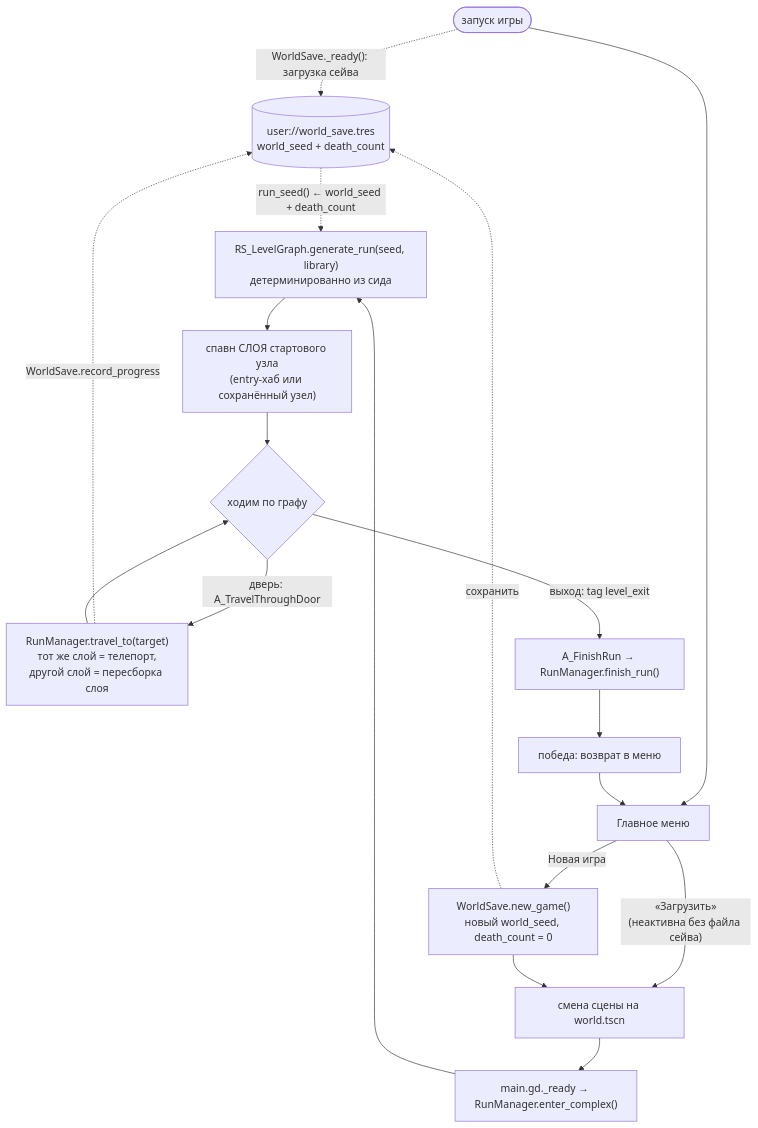
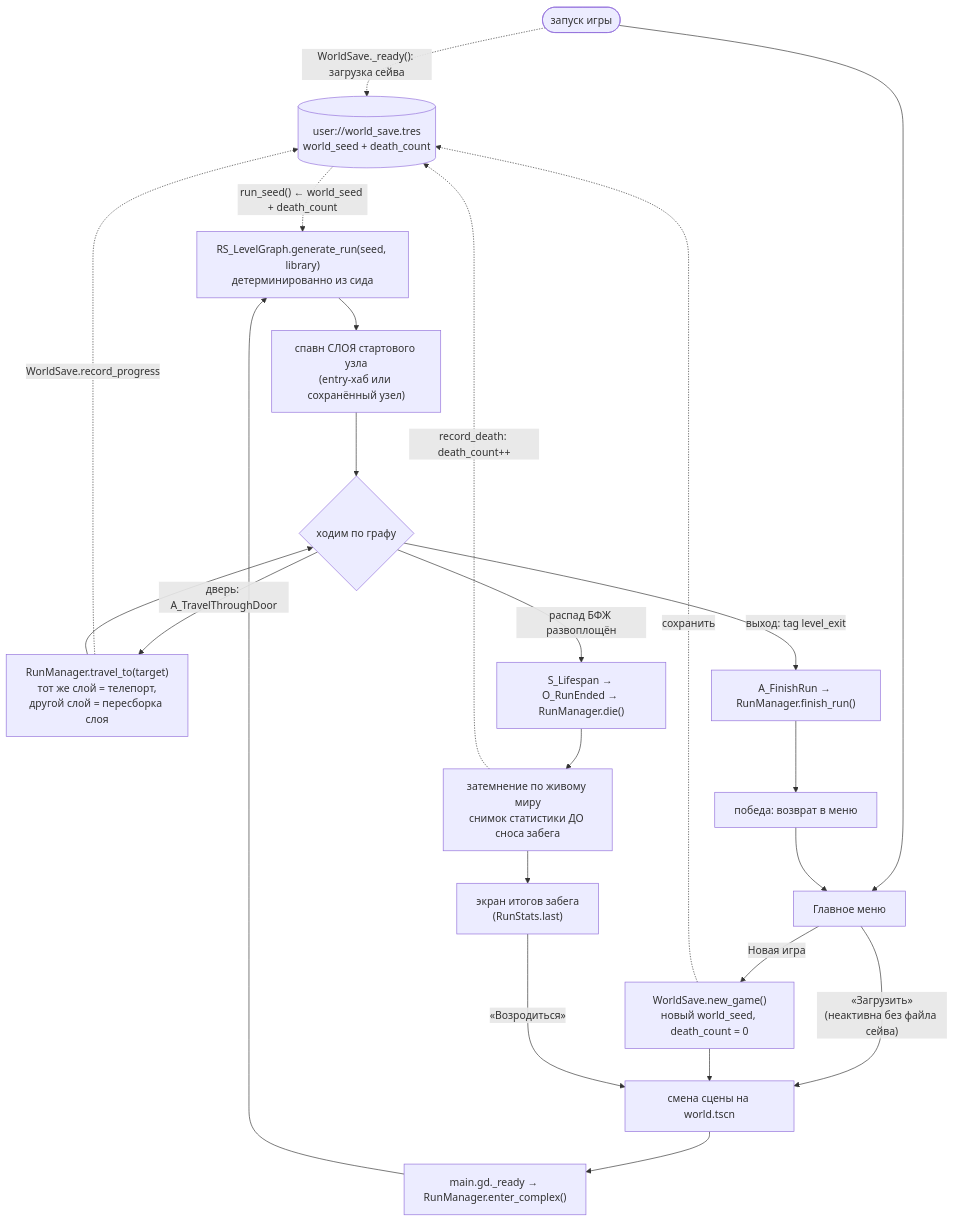
Before and after one commit to Manshooo/astral-genesis: the diagram in docs/astral-genesis/how-to/Цикл забега.md, drawn with Mermaid. The commit also changed other lines of this file and 42 other files, not shown here.

````diff
--- a/docs/astral-genesis/how-to/Цикл забега.md
+++ b/docs/astral-genesis/how-to/Цикл забега.md
@@ -8,26 +8,32 @@
 ```mermaid
 flowchart TD
     save[("user://world_save.tres<br/>world_seed + death_count")]
 
     boot(["запуск игры"]) --> menu["Главное меню"]
     boot -.->|"WorldSave._ready(): загрузка сейва"| save
 
     menu -->|"Новая игра"| newgame["WorldSave.new_game()<br/>новый world_seed, death_count = 0"]
     newgame -.->|"сохранить"| save
     menu -->|"«Загрузить»<br/>(неактивна без файла сейва)"| scene
 
     newgame --> scene["смена сцены на world.tscn"]
     scene --> ready["main.gd._ready → RunManager.enter_complex()"]
     save -.->|"run_seed() ← world_seed + death_count"| gen
     ready --> gen["RS_LevelGraph.generate_run(seed, library)<br/>детерминированно из сида"]
     gen --> spawn["спавн СЛОЯ стартового узла<br/>(entry-хаб или сохранённый узел)"]
     spawn --> loop{"ходим по графу"}
 
     loop -->|"дверь: A_TravelThroughDoor"| travel["RunManager.travel_to(target)<br/>тот же слой = телепорт,<br/>другой слой = пересборка слоя"]
     travel -.->|"WorldSave.record_progress"| save
     travel --> loop
 
     loop -->|"выход: tag level_exit"| finish["A_FinishRun → RunManager.finish_run()"]
     finish --> win["победа: возврат в меню"]
     win --> menu
+
+    loop -->|"распад БФЖ развоплощён"| death["S_Lifespan → O_RunEnded → RunManager.die()"]
+    death --> fade["затемнение по живому миру<br/>снимок статистики ДО сноса забега"]
+    fade -.->|"record_death: death_count++"| save
+    fade --> summary["экран итогов забега<br/>(RunStats.last)"]
+    summary -->|"«Возродиться»"| scene
 ```
````
